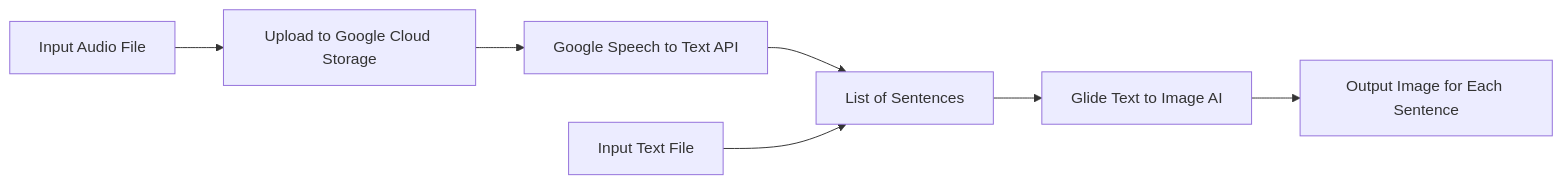
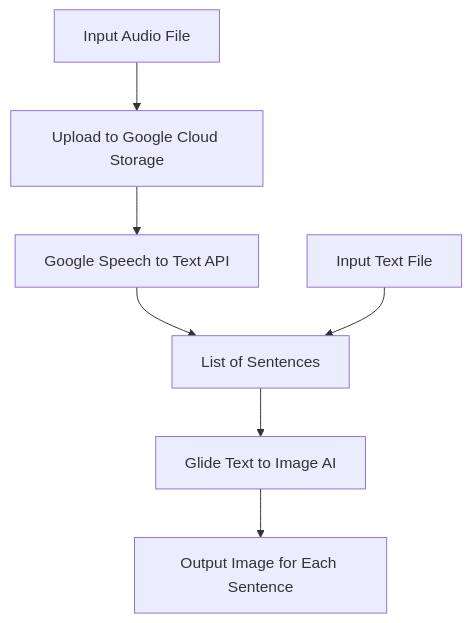
One commit to Rockroyal305/SRP-Code changed the diagram in README.md. Above: the diagram before and after it, drawn with Mermaid.

Commit message:
Clarified code

````diff
--- a/README.md
+++ b/README.md
@@ -5,9 +5,9 @@
 ```mermaid
-  graph LR;
+  graph TD;
       A[Input Audio File] --> B[Upload to Google Cloud Storage];
-      B[Upload to Google Cloud Storage] --> C[Google Speech to Text API];
-      C[Google Speech to Text API] --> D[List of Sentences];
-      E[Input Text File] --> D[List of Sentences];
-      D[List of Sentences] --> F[Glide Text to Image AI];
-      F[Glide Text to Image AI] --> G[Output Image for Each Sentence]
+      B --> C[Google Speech to Text API];
+      C --> D[List of Sentences];
+      E[Input Text File] --> D;
+      D --> F[Glide Text to Image AI];
+      F --> G[Output Image for Each Sentence]
 ```
````
